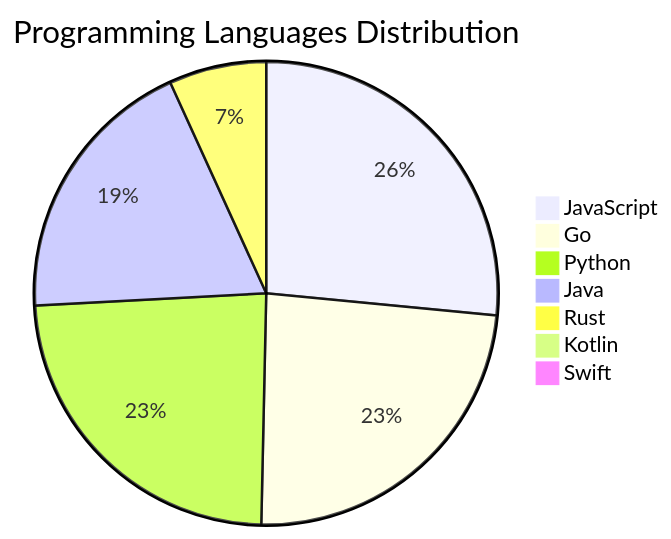
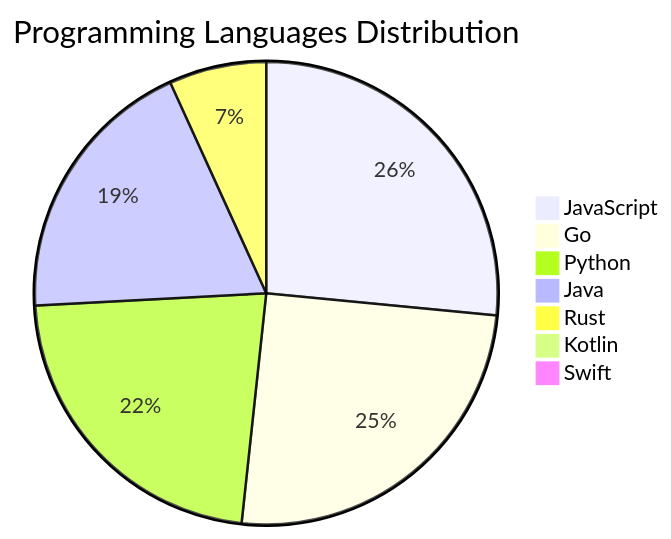
The diagram in README.md (Derrick-MUGISHA/github-activity-bot), drawn with Mermaid before and after one commit. The commit also changed other lines of this file and 4 other files, not shown here.

````diff
--- a/README.md
+++ b/README.md
@@ -207,10 +207,10 @@
 ```mermaid
 pie title Programming Languages Distribution
     "JavaScript" : 39
-    "Go" : 35
-    "Python" : 35
+    "Go" : 37
+    "Python" : 33
     "Java" : 28
     "Rust" : 10
     "Kotlin" : 1
     "Swift" : 1
 ```
````
